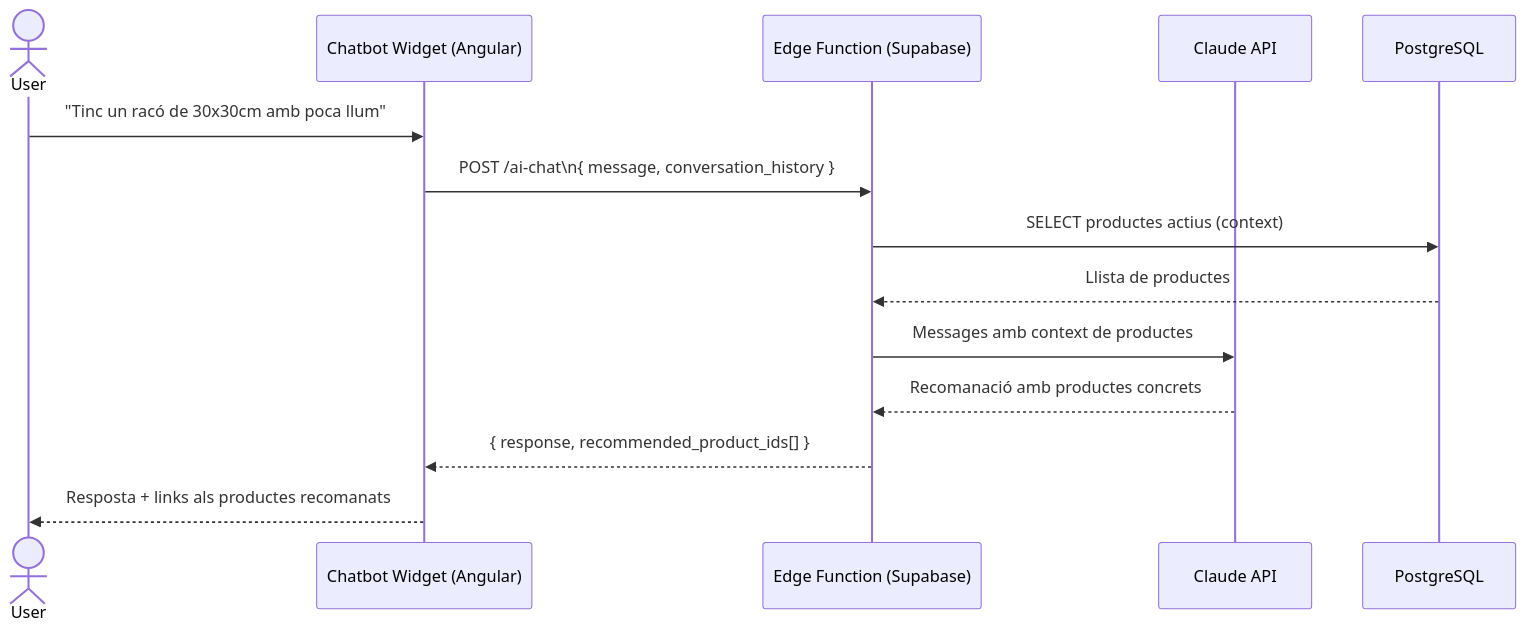
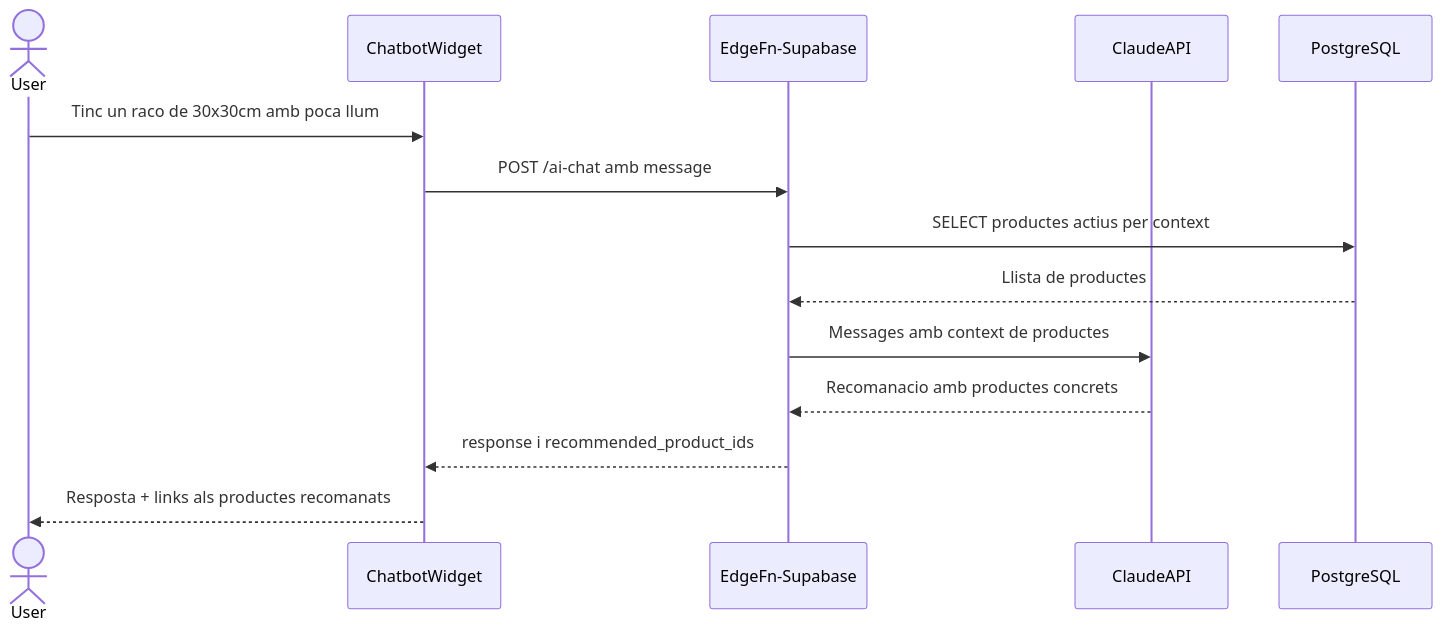
The seventh of 8 diagrams in DIAGRAMS.md (isahun/winter-garden), drawn with Mermaid before and after one commit. The commit also changed other lines of this file, not shown here.

Commit message:
docs: fix Mermaid node labels for obsidian render

````diff
--- a/DIAGRAMS.md
+++ b/DIAGRAMS.md
@@ -268,17 +268,17 @@
 ```mermaid
 sequenceDiagram
     actor User
-    participant Widget as Chatbot Widget (Angular)
-    participant EdgeFn as Edge Function (Supabase)
-    participant Claude as Claude API
+    participant Widget as ChatbotWidget
+    participant EdgeFn as EdgeFn-Supabase
+    participant Claude as ClaudeAPI
     participant DB as PostgreSQL
 
-    User->>Widget: "Tinc un racó de 30x30cm amb poca llum"
-    Widget->>EdgeFn: POST /ai-chat\n{ message, conversation_history }
-    EdgeFn->>DB: SELECT productes actius (context)
+    User->>Widget: Tinc un raco de 30x30cm amb poca llum
+    Widget->>EdgeFn: POST /ai-chat amb message
+    EdgeFn->>DB: SELECT productes actius per context
     DB-->>EdgeFn: Llista de productes
     EdgeFn->>Claude: Messages amb context de productes
-    Claude-->>EdgeFn: Recomanació amb productes concrets
-    EdgeFn-->>Widget: { response, recommended_product_ids[] }
+    Claude-->>EdgeFn: Recomanacio amb productes concrets
+    EdgeFn-->>Widget: response i recommended_product_ids
     Widget-->>User: Resposta + links als productes recomanats
 ```
````
